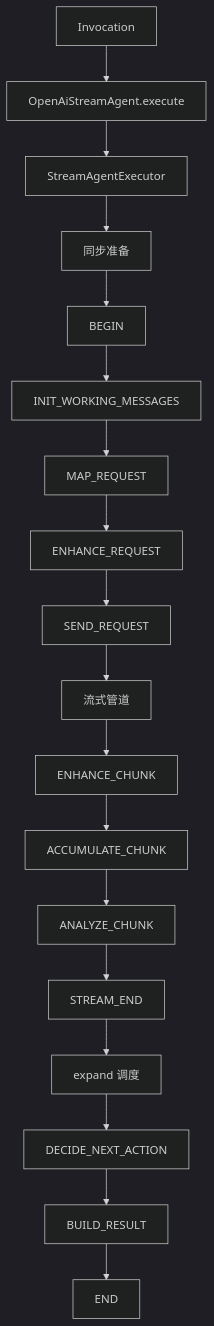
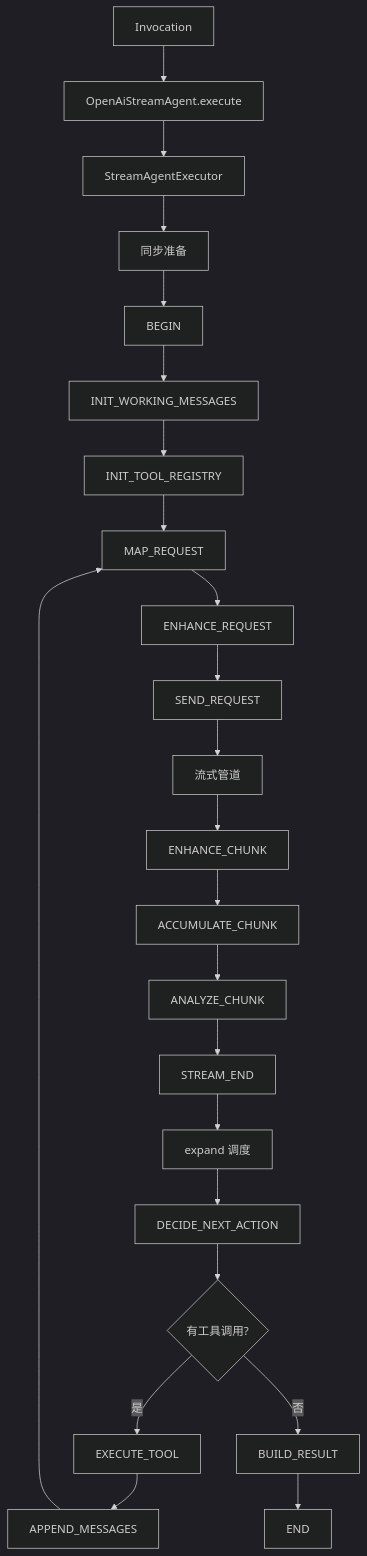
Before and after one commit to Halcyonsong/liteagent-template: the second of 2 diagrams in liteagent-provider-openai-agent/README.md, drawn with Mermaid (dark theme). The commit also changed other lines of this file and 55 other files, not shown here.

````diff
--- a/liteagent-provider-openai-agent/README.md
+++ b/liteagent-provider-openai-agent/README.md
@@ -54,20 +60,25 @@
 ```mermaid
 flowchart TD
     B1[Invocation] --> B2[OpenAiStreamAgent.execute]
     B2 --> B3[StreamAgentExecutor]
     B3 --> B4[同步准备]
     B4 --> B5[BEGIN]
     B5 --> B6[INIT_WORKING_MESSAGES]
-    B6 --> B7[MAP_REQUEST]
-    B7 --> B8[ENHANCE_REQUEST]
-    B8 --> B9[SEND_REQUEST]
-    B9 --> B10[流式管道]
-    B10 --> B11[ENHANCE_CHUNK]
-    B11 --> B12[ACCUMULATE_CHUNK]
-    B12 --> B13[ANALYZE_CHUNK]
-    B13 --> B14[STREAM_END]
-    B14 --> B15[expand 调度]
-    B15 --> B16[DECIDE_NEXT_ACTION]
-    B16 --> B17[BUILD_RESULT]
-    B17 --> B18[END]
+    B6 --> B7[INIT_TOOL_REGISTRY]
+    B7 --> B8[MAP_REQUEST]
+    B8 --> B9[ENHANCE_REQUEST]
+    B9 --> B10[SEND_REQUEST]
+    B10 --> B11[流式管道]
+    B11 --> B12[ENHANCE_CHUNK]
+    B12 --> B13[ACCUMULATE_CHUNK]
+    B13 --> B14[ANALYZE_CHUNK]
+    B14 --> B15[STREAM_END]
+    B15 --> B16[expand 调度]
+    B16 --> B17[DECIDE_NEXT_ACTION]
+    B17 --> B18{有工具调用?}
+    B18 -- 是 --> B19[EXECUTE_TOOL]
+    B19 --> B20[APPEND_MESSAGES]
+    B20 --> B8
+    B18 -- 否 --> B21[BUILD_RESULT]
+    B21 --> B22[END]
 ```
````
